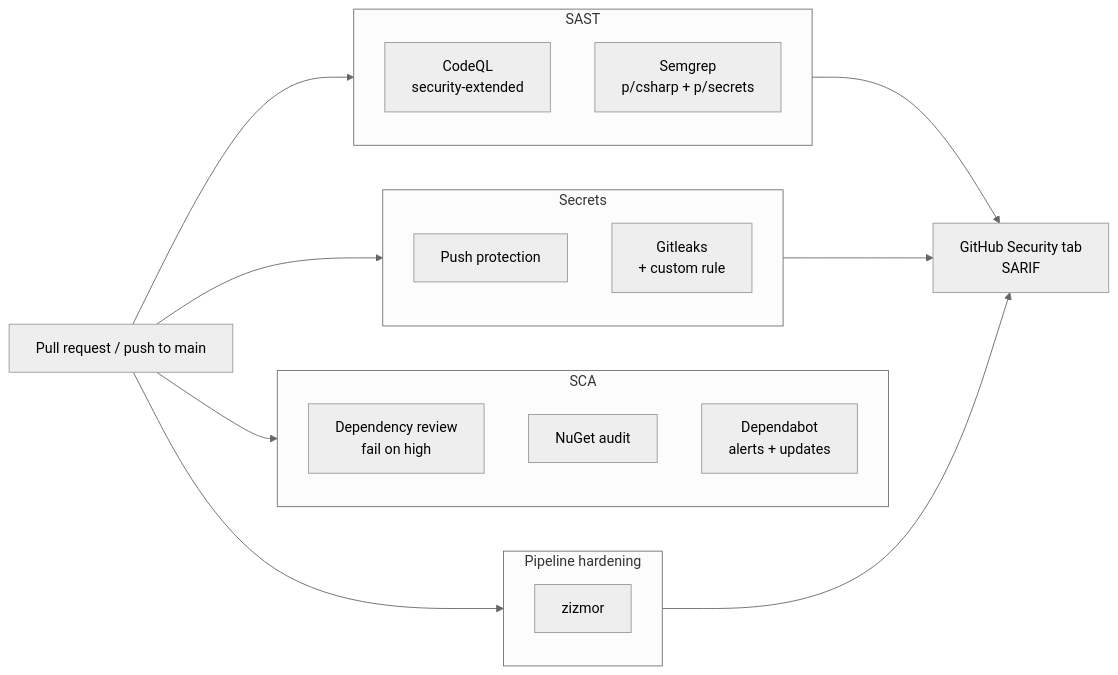
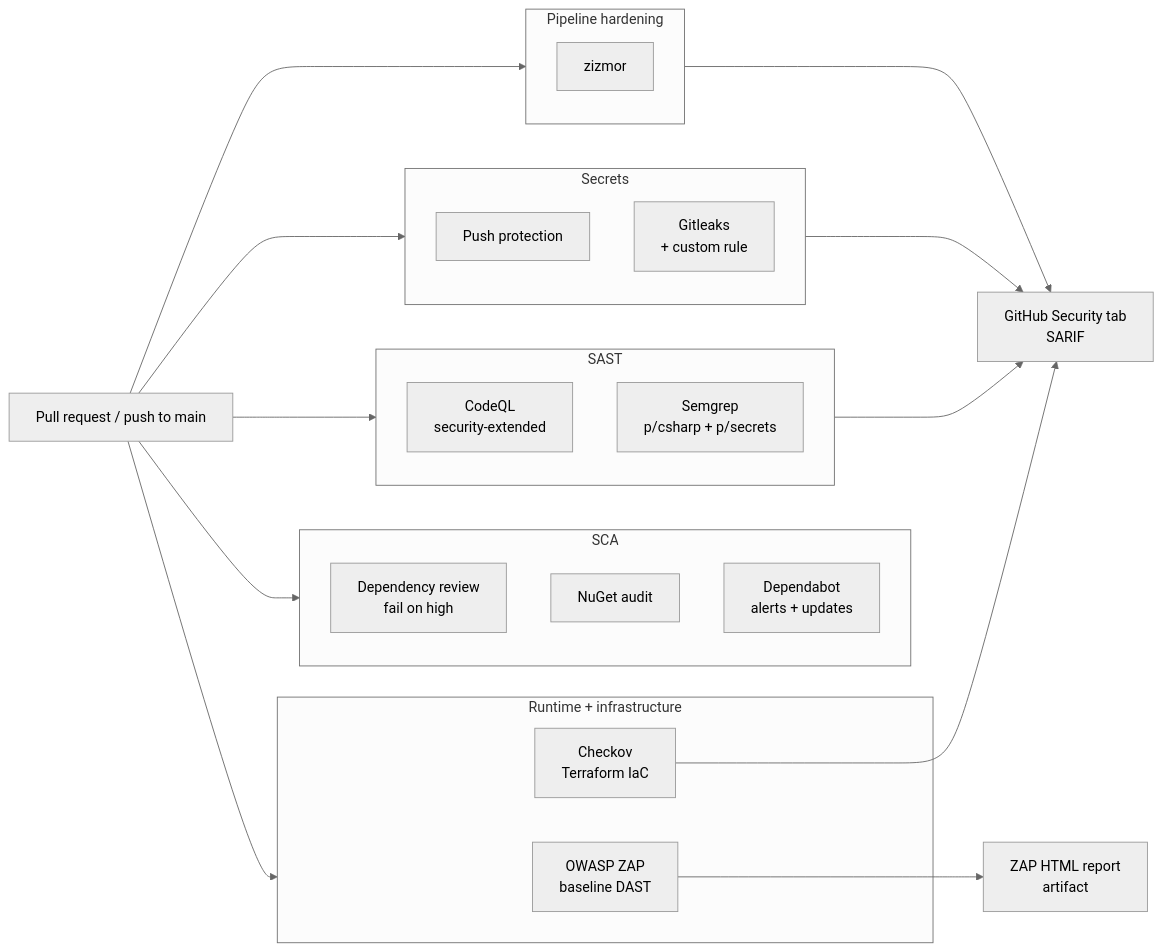
Before and after one commit to NukPuNuk/secure-notes-api: the second of 2 diagrams in README.md, drawn with Mermaid (neutral theme). The commit also changed other lines of this file, not shown here.

Commit message:
Update README: DAST, IaC, security docs

````diff
--- a/README.md
+++ b/README.md
@@ -39,26 +42,33 @@
 ```mermaid
 flowchart LR
   PR[Pull request / push to main] --> SAST
   PR --> SCA
   PR --> SEC
   PR --> WF
+  PR --> RT
   subgraph SAST[SAST]
     CQ[CodeQL<br/>security-extended]
     SG[Semgrep<br/>p/csharp + p/secrets]
   end
   subgraph SCA[SCA]
     DR[Dependency review<br/>fail on high]
     NA[NuGet audit]
     DB[Dependabot<br/>alerts + updates]
   end
   subgraph SEC[Secrets]
     PP[Push protection]
     GL[Gitleaks<br/>+ custom rule]
   end
   subgraph WF[Pipeline hardening]
     ZZ[zizmor]
   end
+  subgraph RT[Runtime + infrastructure]
+    ZP[OWASP ZAP<br/>baseline DAST]
+    CK[Checkov<br/>Terraform IaC]
+  end
   SAST --> T[GitHub Security tab<br/>SARIF]
   SEC --> T
   WF --> T
+  CK --> T
+  ZP --> R[ZAP HTML report<br/>artifact]
 ```
````
